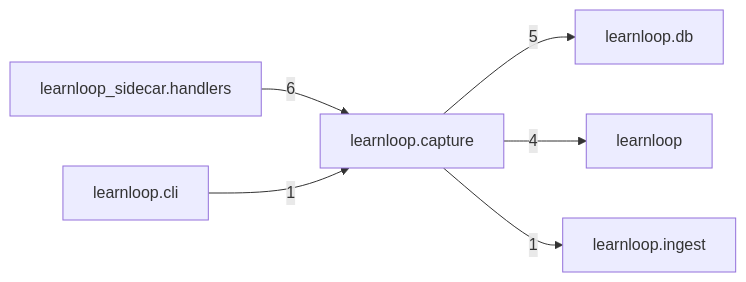
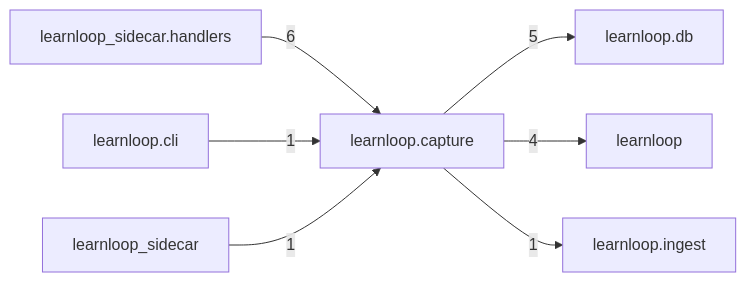
Before and after one commit to 6up-b/learnanything: the diagram in docs/learnloop-architecture-vault/Reference/Modules/learnloop/capture/_package.md, drawn with Mermaid. The commit also changed other lines of this file and 24 other files, not shown here.

````diff
--- a/docs/learnloop-architecture-vault/Reference/Modules/learnloop/capture/_package.md
+++ b/docs/learnloop-architecture-vault/Reference/Modules/learnloop/capture/_package.md
@@ -80,14 +81,16 @@
 ```mermaid
 flowchart LR
     center["learnloop.capture"]
     n_learnloop_sidecar_handlers["learnloop_sidecar.handlers"]
     n_learnloop_db["learnloop.db"]
     n_learnloop["learnloop"]
     n_learnloop_cli["learnloop.cli"]
     n_learnloop_ingest["learnloop.ingest"]
+    n_learnloop_sidecar["learnloop_sidecar"]
     n_learnloop_sidecar_handlers -->|6| center
     center -->|5| n_learnloop_db
     center -->|4| n_learnloop
     n_learnloop_cli -->|1| center
     center -->|1| n_learnloop_ingest
+    n_learnloop_sidecar -->|1| center
 ```
````
